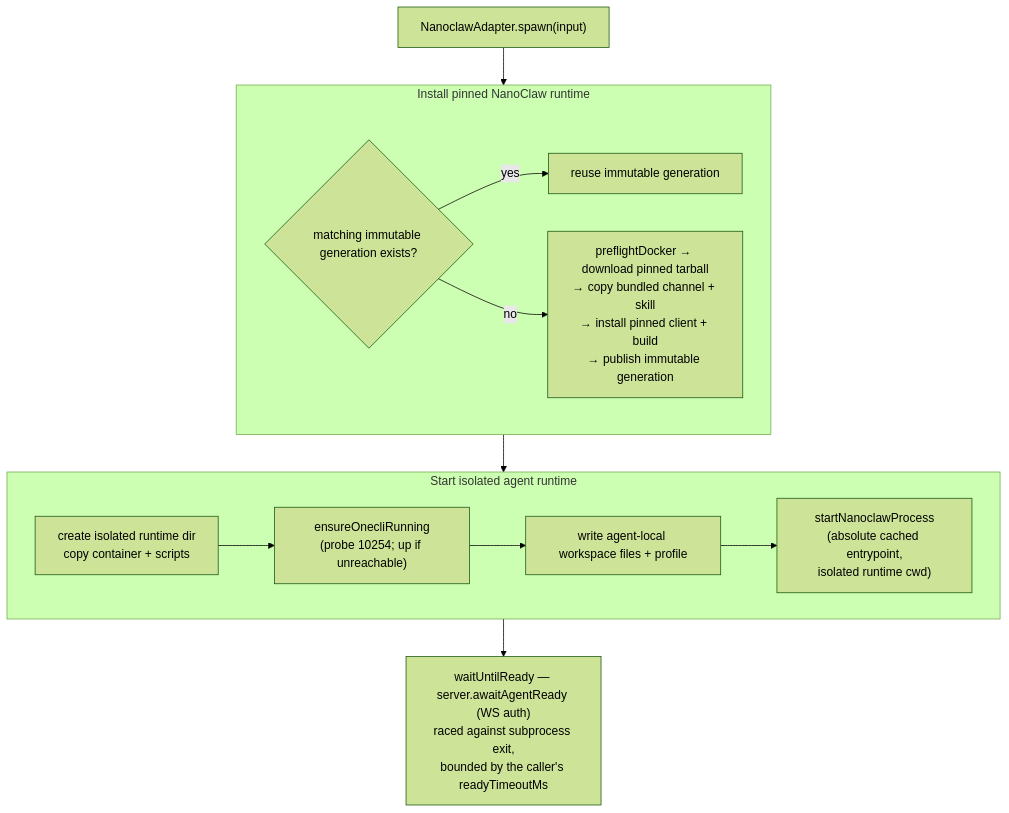
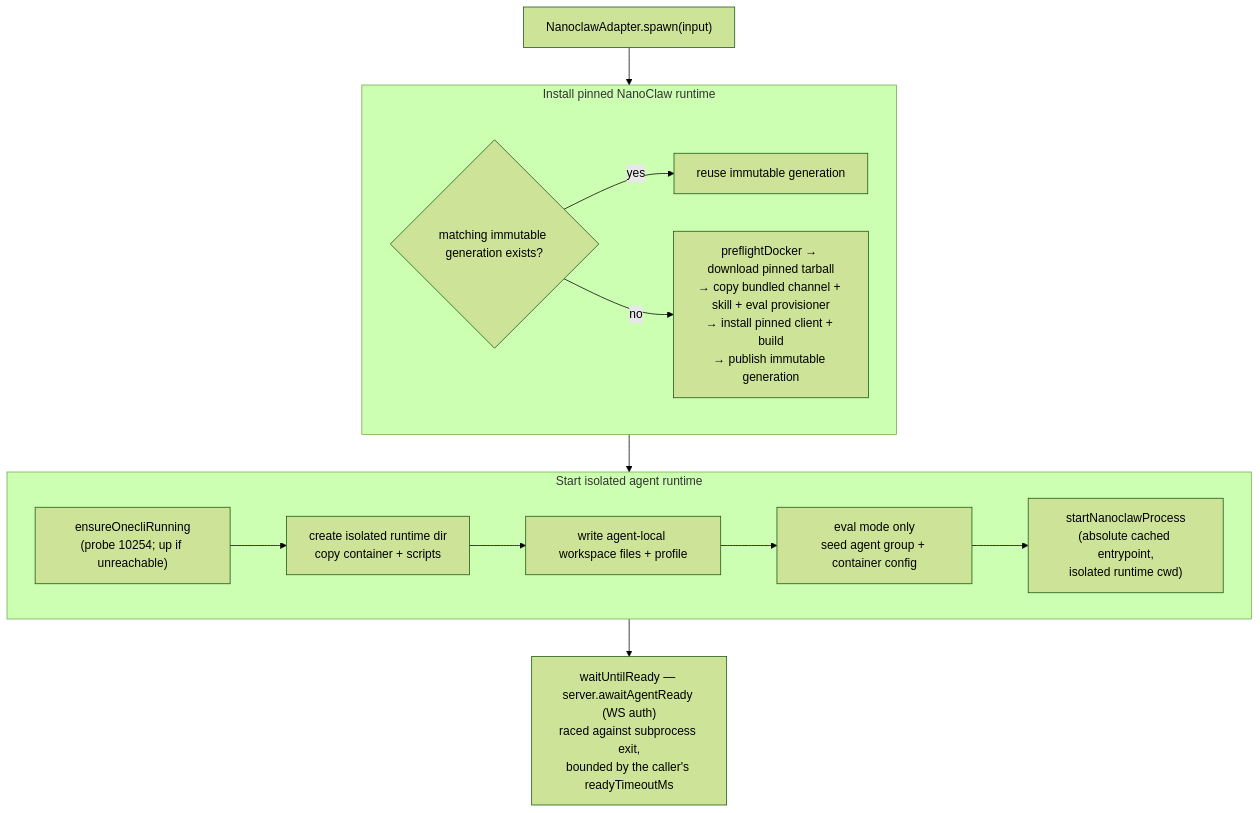
One commit to chughtapan/moltzap changed the fourth of 6 diagrams in docs/modules/testbed/src.mdx. Above: the diagram before and after it, drawn with Mermaid (forest theme). The commit also changed other lines of this file and 25 other files, not shown here.

````diff
--- a/docs/modules/testbed/src.mdx
+++ b/docs/modules/testbed/src.mdx
@@ -237,20 +237,21 @@
 ```mermaid
 flowchart TD
   NS["NanoclawAdapter.spawn(input)"]
   subgraph P1["Install pinned NanoClaw runtime"]
     P1C{"matching immutable generation exists?"}
     P1WARM["reuse immutable generation"]
-    P1COLD["preflightDocker → download pinned tarball<br>→ copy bundled channel + skill<br>→ install pinned client + build<br>→ publish immutable generation"]
+    P1COLD["preflightDocker → download pinned tarball<br>→ copy bundled channel + skill + eval provisioner<br>→ install pinned client + build<br>→ publish immutable generation"]
     P1C -->|yes| P1WARM
     P1C -->|no| P1COLD
   end
   subgraph P2["Start isolated agent runtime"]
     P2DIR["create isolated runtime dir<br>copy container + scripts"]
     P2OC["ensureOnecliRunning<br>(probe 10254; up if unreachable)"]
     P2WS["write agent-local workspace files + profile"]
+    P2EVAL["eval mode only<br>seed agent group + container config"]
     P2SP["startNanoclawProcess<br>(absolute cached entrypoint,<br>isolated runtime cwd)"]
-    P2DIR --> P2OC --> P2WS --> P2SP
+    P2OC --> P2DIR --> P2WS --> P2EVAL --> P2SP
   end
   NCR["waitUntilReady — server.awaitAgentReady (WS auth)<br>raced against subprocess exit,<br>bounded by the caller's readyTimeoutMs"]
   NS --> P1 --> P2 --> NCR
 ```
````
